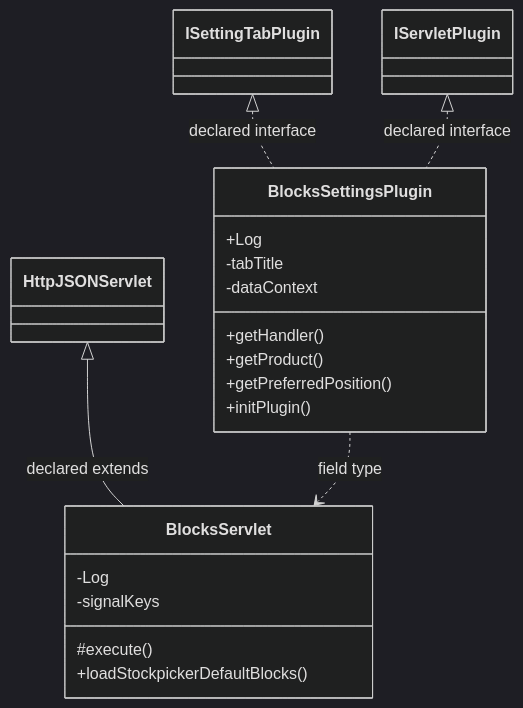
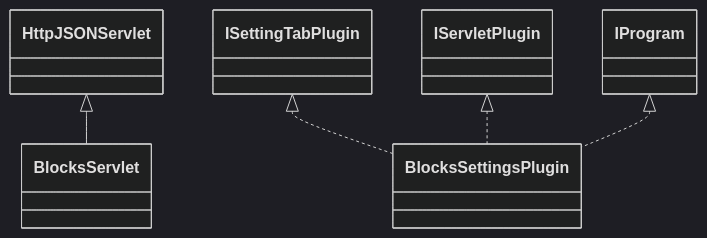
Before and after one commit to haruperi/HaruQuantAI: the diagram in docs/sqx/Shared/SettingsBlocks.md, drawn with Mermaid (dark theme). The commit also changed other lines of this file and 1688 other files, not shown here.

````diff
--- a/docs/sqx/Shared/SettingsBlocks.md
+++ b/docs/sqx/Shared/SettingsBlocks.md
@@ -30,25 +26,13 @@
 ```mermaid
 classDiagram
-    class C171380b19a68["BlocksServlet"] {
-        -Log
-        -signalKeys
-        #execute()
-        +loadStockpickerDefaultBlocks()
-    }
-    class Cd3c81520bb52["BlocksSettingsPlugin"] {
-        +Log
-        -tabTitle
-        -dataContext
-        +getHandler()
-        +getProduct()
-        +getPreferredPosition()
-        +initPlugin()
-    }
-    class C249b5c671b1a["IServletPlugin"]
-    class C27734eb41505["ISettingTabPlugin"]
-    class C8900f90ae594["HttpJSONServlet"]
-    C8900f90ae594 <|-- C171380b19a68 : declared extends
-    C27734eb41505 <|.. Cd3c81520bb52 : declared interface
-    C249b5c671b1a <|.. Cd3c81520bb52 : declared interface
-    Cd3c81520bb52 ..> C171380b19a68 : field type
+    class C0["BlocksServlet"]
+    class C1["BlocksSettingsPlugin"]
+    class E0["HttpJSONServlet"]
+    E0 <|-- C0
+    class E1["ISettingTabPlugin"]
+    E1 <|.. C1
+    class E2["IServletPlugin"]
+    E2 <|.. C1
+    class E3["IProgram"]
+    E3 <|.. C1
 ```
````
